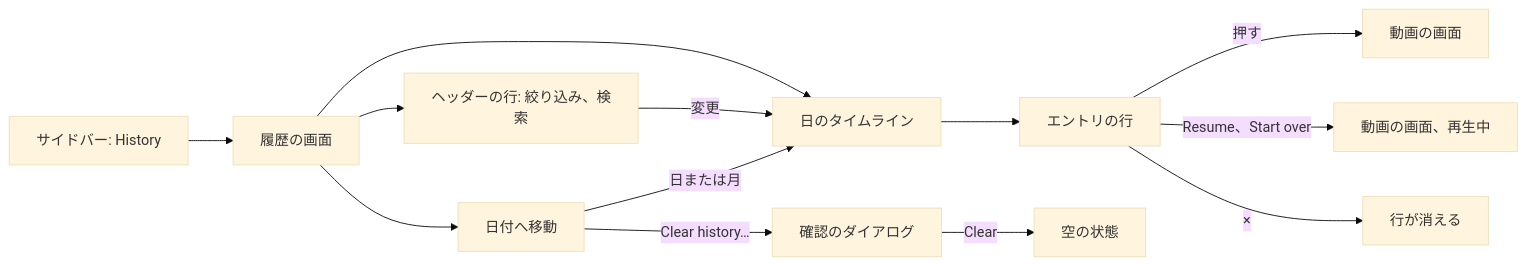
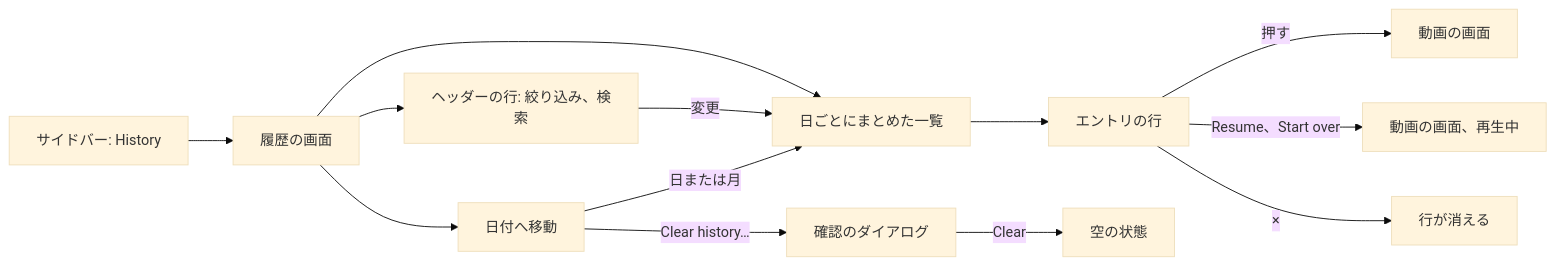
One commit to syudead/vv changed the first of 3 diagrams in translations/ja/specs/043-watch-history/ui-design.md. Above: the diagram before and after it, drawn with Mermaid (base theme). The commit also changed other lines of this file, not shown here.

````diff
--- a/translations/ja/specs/043-watch-history/ui-design.md
+++ b/translations/ja/specs/043-watch-history/ui-design.md
@@ -32,15 +33,15 @@
 ```mermaid
 flowchart LR
   side[サイドバー: History] --> page[履歴の画面]
   page --> header[ヘッダーの行: 絞り込み、検索]
-  page --> timeline[日のタイムライン]
+  page --> list[日ごとにまとめた一覧]
   page --> jump[日付へ移動]
-  header -->|変更| timeline
-  jump -->|日または月| timeline
-  timeline --> row[エントリの行]
+  header -->|変更| list
+  jump -->|日または月| list
+  list --> row[エントリの行]
   row -->|押す| video[動画の画面]
   row -->|Resume、Start over| play[動画の画面、再生中]
   row -->|×| gone[行が消える]
   jump -->|Clear history…| confirm[確認のダイアログ]
   confirm -->|Clear| empty[空の状態]
 ```
````
